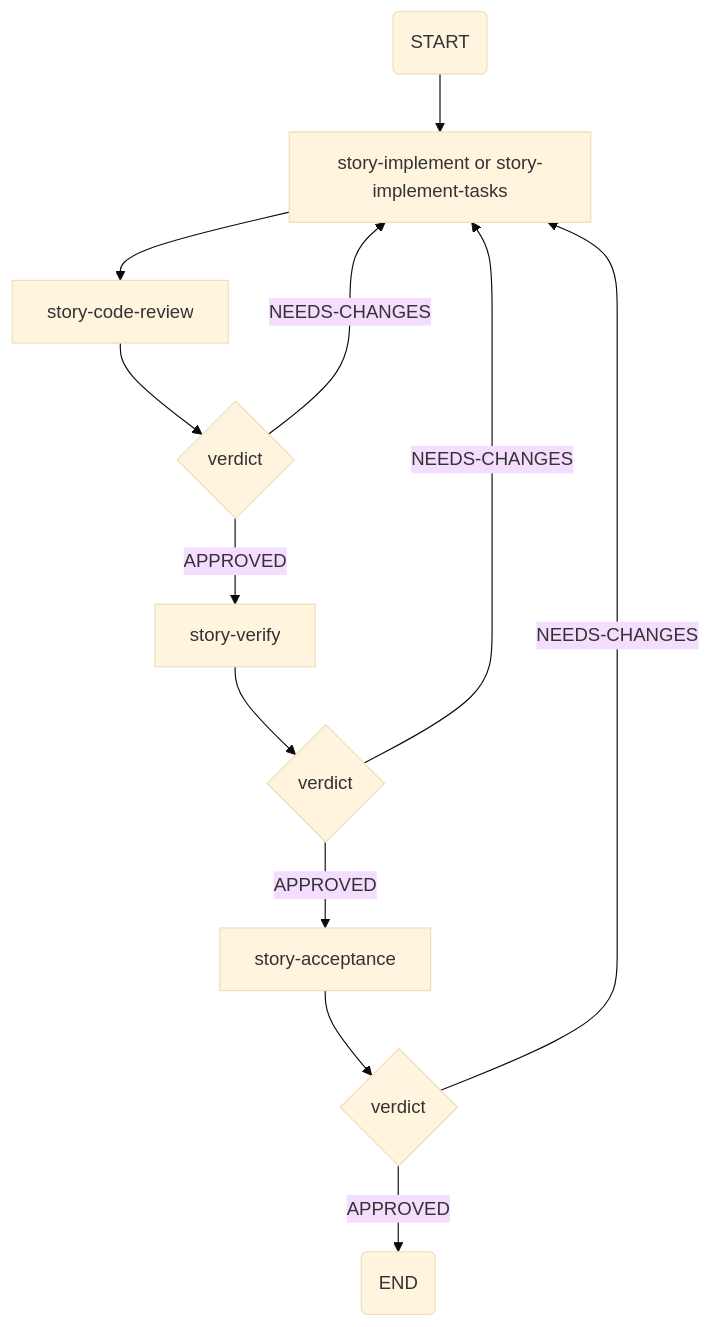
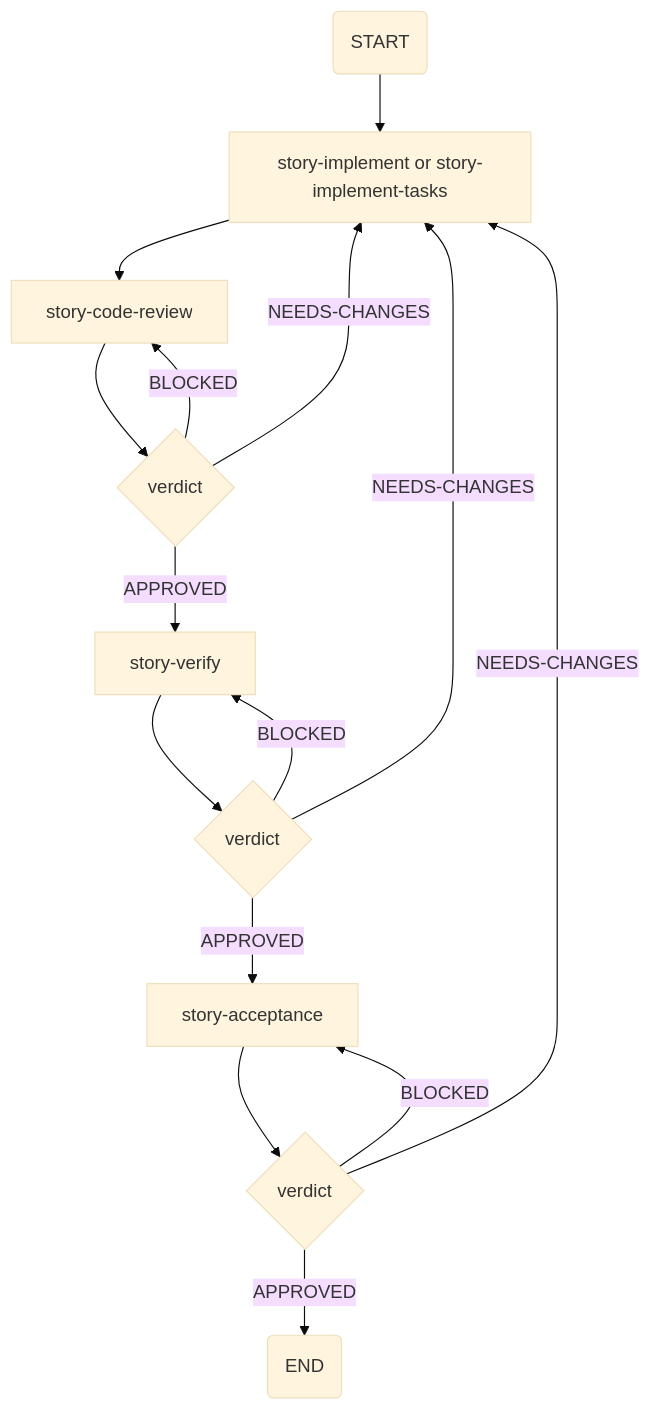
The diagram in docs/architecture/diagrams/flowchart-story-excecution-qa.mermaid (dariopalminio/agile-sddf), drawn with Mermaid (base theme) before and after one commit. The commit also changed other lines of this file and 15 other files, not shown here.

```diff
--- a/docs/architecture/diagrams/flowchart-story-excecution-qa.mermaid
+++ b/docs/architecture/diagrams/flowchart-story-excecution-qa.mermaid
@@ -1,12 +1,15 @@
 flowchart TD
   A(START)--> B[story-implement or story-implement-tasks]
   B --> C[story-code-review]
   C --> E{verdict}
   E -->|NEEDS-CHANGES| B
+  E -->|BLOCKED| C
   E -->|APPROVED| H[story-verify]
   H --> I{verdict}
   I -->|NEEDS-CHANGES| B
+  I -->|BLOCKED| H
   I -->|APPROVED| J[story-acceptance]
   J--> K{verdict}
   K -->|NEEDS-CHANGES| B
+  K -->|BLOCKED| J
   K -->|APPROVED| L(END)
```
